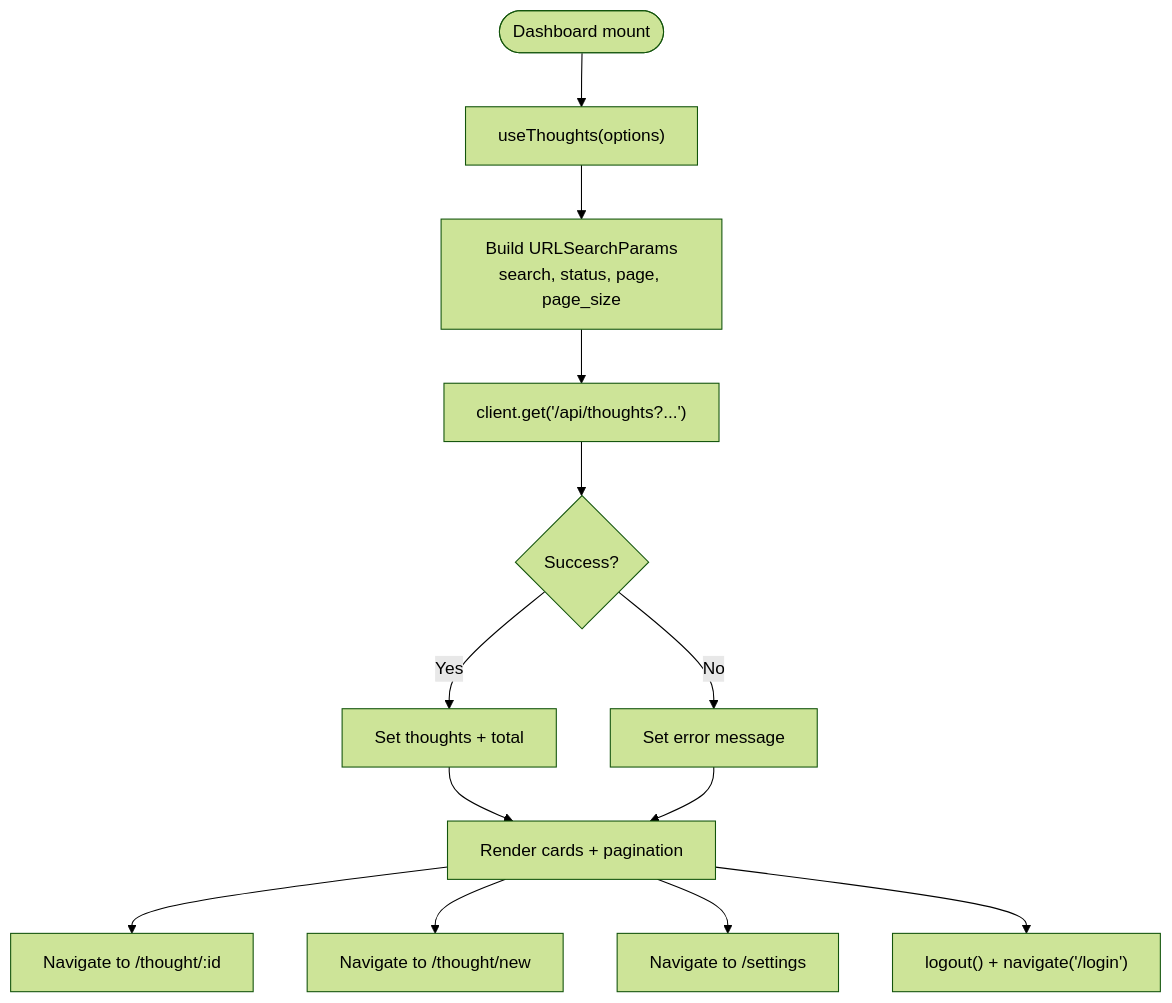
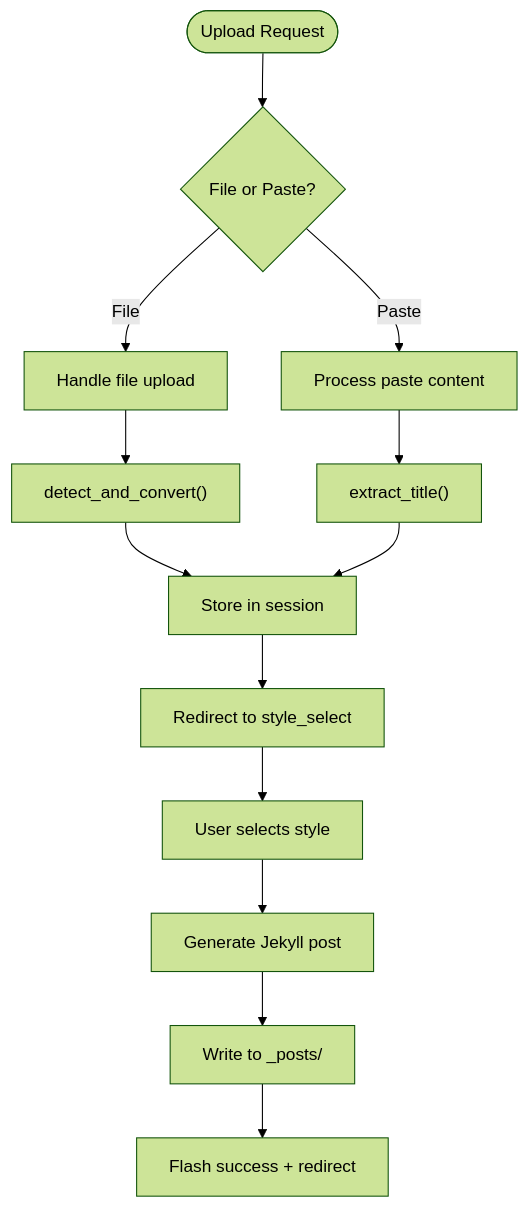
One commit to PolarisW007/PolaZhenJing changed the fifth of 6 diagrams in .qoder/repowiki/en/content/Frontend Application/Frontend Application.md. Above: the diagram before and after it, drawn with Mermaid (forest theme). The commit also changed other lines of this file and 153 other files, not shown here.

````diff
--- a/.qoder/repowiki/en/content/Frontend Application/Frontend Application.md
+++ b/.qoder/repowiki/en/content/Frontend Application/Frontend Application.md
@@ -242,15 +230,15 @@
 ```mermaid
 flowchart TD
-Start(["Dashboard mount"]) --> Fetch["useThoughts(options)"]
-Fetch --> BuildParams["Build URLSearchParams<br/>search, status, page, page_size"]
-BuildParams --> GET["client.get('/api/thoughts?...')"]
-GET --> Success{"Success?"}
-Success --> |Yes| SetState["Set thoughts + total"]
-Success --> |No| SetError["Set error message"]
-SetState --> Render["Render cards + pagination"]
-SetError --> Render
-Render --> Nav["Navigate to /thought/:id"]
-Render --> New["Navigate to /thought/new"]
-Render --> Settings["Navigate to /settings"]
-Render --> Logout["logout() + navigate('/login')"]
+Start(["Upload Request"]) --> CheckType{"File or Paste?"}
+CheckType --> |File| Upload["Handle file upload"]
+CheckType --> |Paste| Paste["Process paste content"]
+Upload --> Convert["detect_and_convert()"]
+Paste --> Extract["extract_title()"]
+Convert --> Store["Store in session"]
+Extract --> Store
+Store --> Style["Redirect to style_select"]
+Style --> Select["User selects style"]
+Select --> Generate["Generate Jekyll post"]
+Generate --> Write["Write to _posts/"]
+Write --> Success["Flash success + redirect"]
 ```
````
